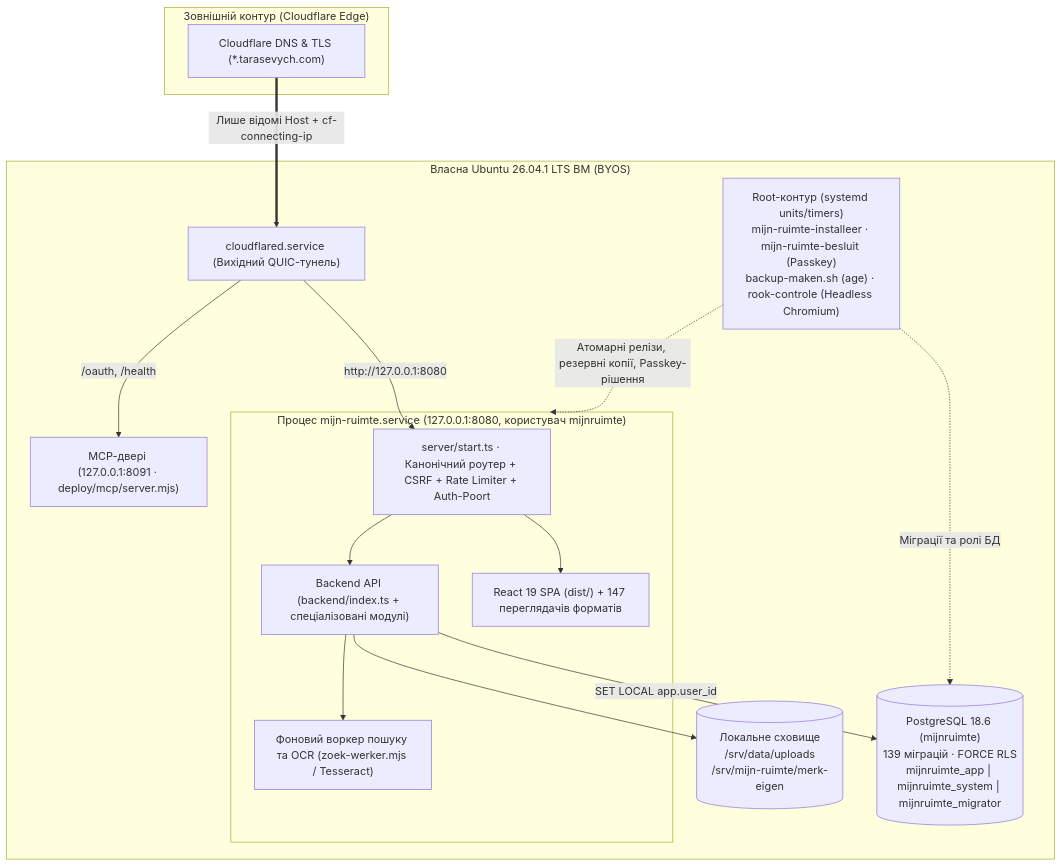
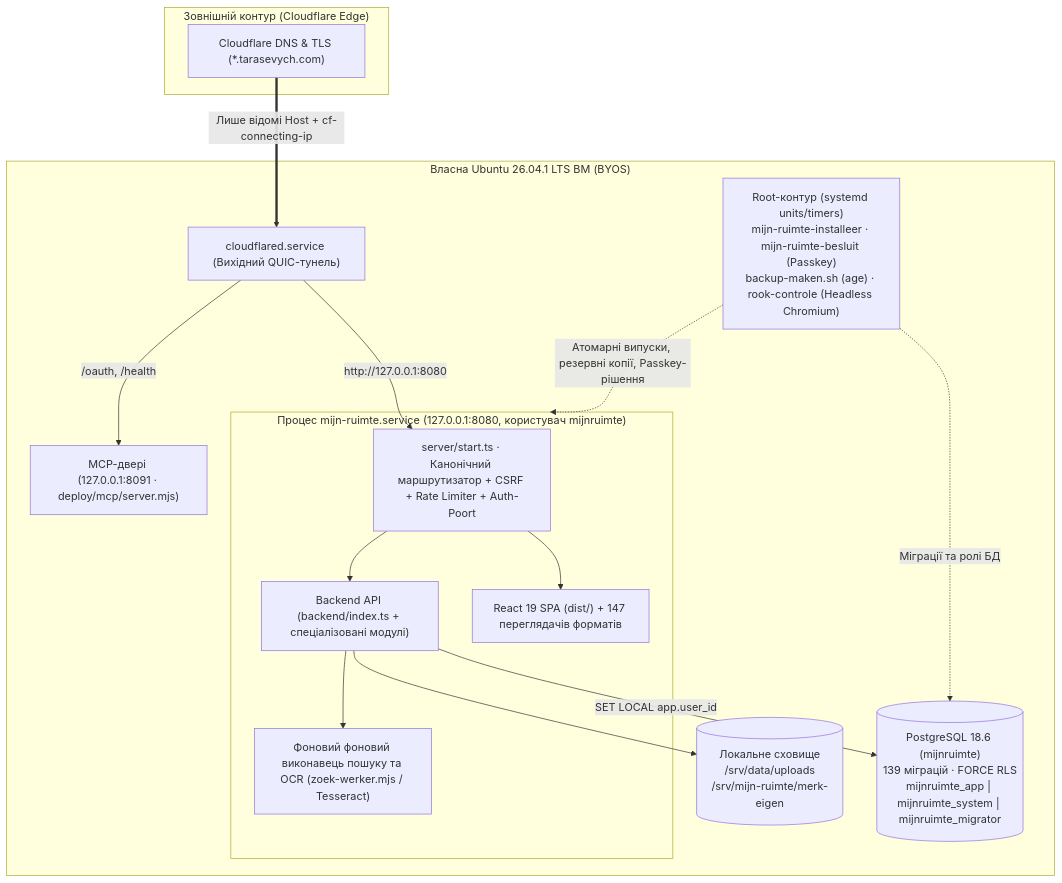
Before and after one commit to Tarasevych/hub: the diagram in ОГЛЯД-ПРОЄКТУ.uk.md, drawn with Mermaid. The commit also changed other lines of this file and 151 other files, not shown here.

````diff
--- a/ОГЛЯД-ПРОЄКТУ.uk.md
+++ b/ОГЛЯД-ПРОЄКТУ.uk.md
@@ -84,31 +84,31 @@
 ```mermaid
 flowchart TB
     subgraph Edge["Зовнішній контур (Cloudflare Edge)"]
         CF["Cloudflare DNS & TLS (*.tarasevych.com)"]
     end
 
     subgraph VM["Власна Ubuntu 26.04.1 LTS ВМ (BYOS)"]
         CFD["cloudflared.service (Вихідний QUIC-тунель)"]
         subgraph App["Процес mijn-ruimte.service (127.0.0.1:8080, користувач mijnruimte)"]
-            SRV["server/start.ts · Канонічний роутер + CSRF + Rate Limiter + Auth-Poort"]
+            SRV["server/start.ts · Канонічний маршрутизатор + CSRF + Rate Limiter + Auth-Poort"]
             SPA["React 19 SPA (dist/) + 147 переглядачів форматів"]
             API["Backend API (backend/index.ts + спеціалізовані модулі)"]
-            WRK["Фоновий воркер пошуку та OCR (zoek-werker.mjs / Tesseract)"]
+            WRK["Фоновий фоновий виконавець пошуку та OCR (zoek-werker.mjs / Tesseract)"]
         end
         MCP8091["MCP-двері (127.0.0.1:8091 · deploy/mcp/server.mjs)"]
         PG[("PostgreSQL 18.6 (mijnruimte)\n139 міграцій · FORCE RLS\nmijnruimte_app | mijnruimte_system | mijnruimte_migrator")]
         FS[("Локальне сховище\n/srv/data/uploads\n/srv/mijn-ruimte/merk-eigen")]
         ROOT["Root-контур (systemd units/timers)\nmijn-ruimte-installeer · mijn-ruimte-besluit (Passkey)\nbackup-maken.sh (age) · rook-controle (Headless Chromium)"]
     end
 
     CF ==>|"Лише відомі Host + cf-connecting-ip"| CFD
     CFD -->|"http://127.0.0.1:8080"| SRV
     CFD -->|"/oauth, /health"| MCP8091
     SRV --> SPA
     SRV --> API
     API -->|"SET LOCAL app.user_id"| PG
     API --> FS
     API --> WRK
-    ROOT -.->|"Атомарні релізи, резервні копії, Passkey-рішення"| App
+    ROOT -.->|"Атомарні випуски, резервні копії, Passkey-рішення"| App
     ROOT -.->|"Міграції та ролі БД"| PG
 ```
````
